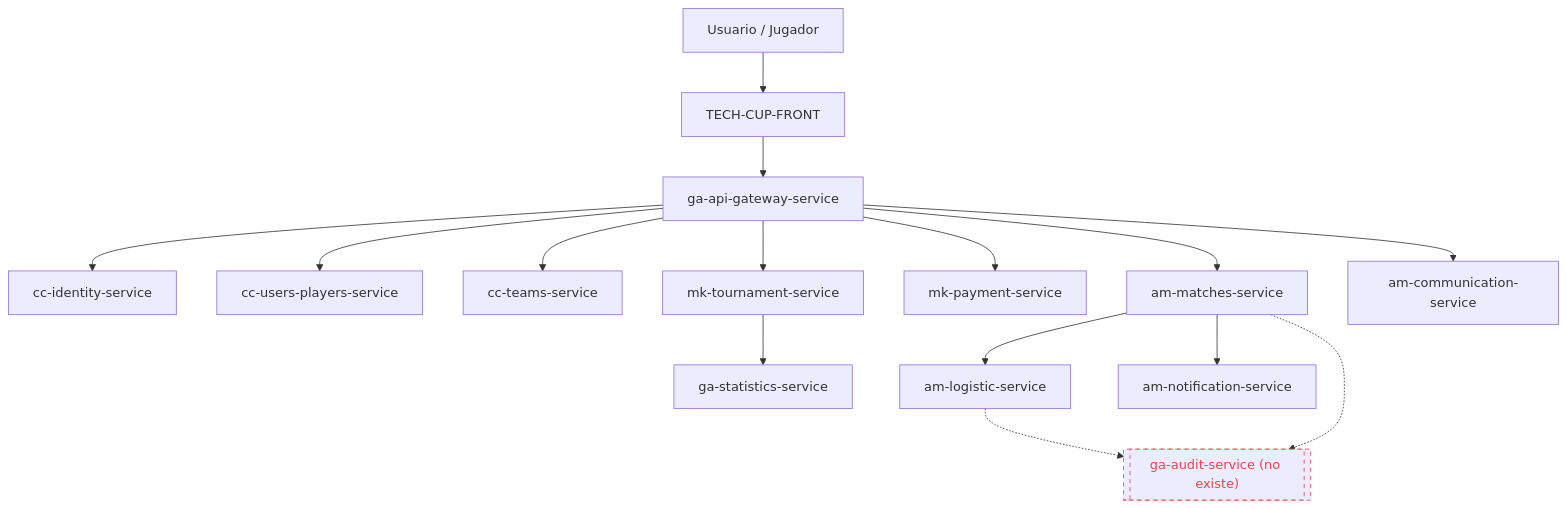
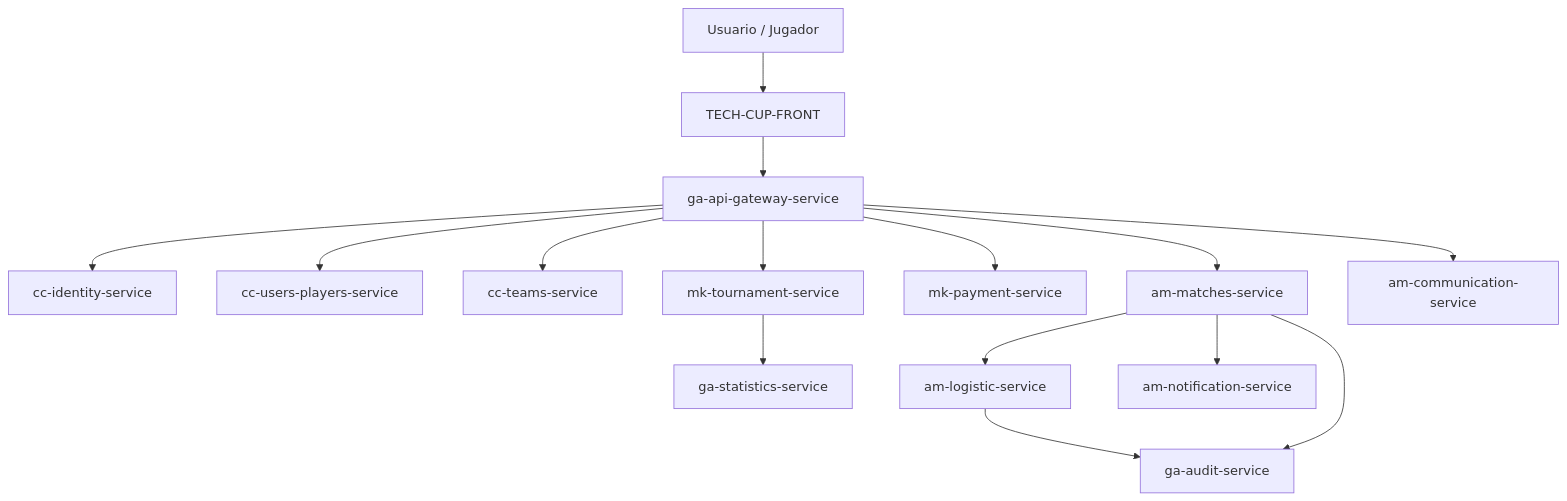
The diagram in docs/arquitectura.md (TECH-CUP-2026-INT/TECH-CUP-2026-Docs), drawn with Mermaid before and after one commit. The commit also changed other lines of this file and 8 other files, not shown here.

````diff
--- a/docs/arquitectura.md
+++ b/docs/arquitectura.md
@@ -31,19 +31,17 @@
 ```mermaid
 graph TD
     Usuario[Usuario / Jugador] --> Front[TECH-CUP-FRONT]
     Front --> Gateway[ga-api-gateway-service]
     Gateway --> Identity[cc-identity-service]
     Gateway --> Users[cc-users-players-service]
     Gateway --> Teams[cc-teams-service]
     Gateway --> Tournament[mk-tournament-service]
     Gateway --> Payment[mk-payment-service]
     Gateway --> Matches[am-matches-service]
     Gateway --> Communication[am-communication-service]
     Matches --> Logistic[am-logistic-service]
     Matches --> Notification[am-notification-service]
     Tournament --> Statistics[ga-statistics-service]
-    Matches -.-> Audit[["ga-audit-service (no existe)"]]
-    Logistic -.-> Audit
-    classDef missing stroke-dasharray: 5 5,stroke:#EF4444,color:#EF4444
-    class Audit missing
+    Matches --> Audit[ga-audit-service]
+    Logistic --> Audit
 ```
````
